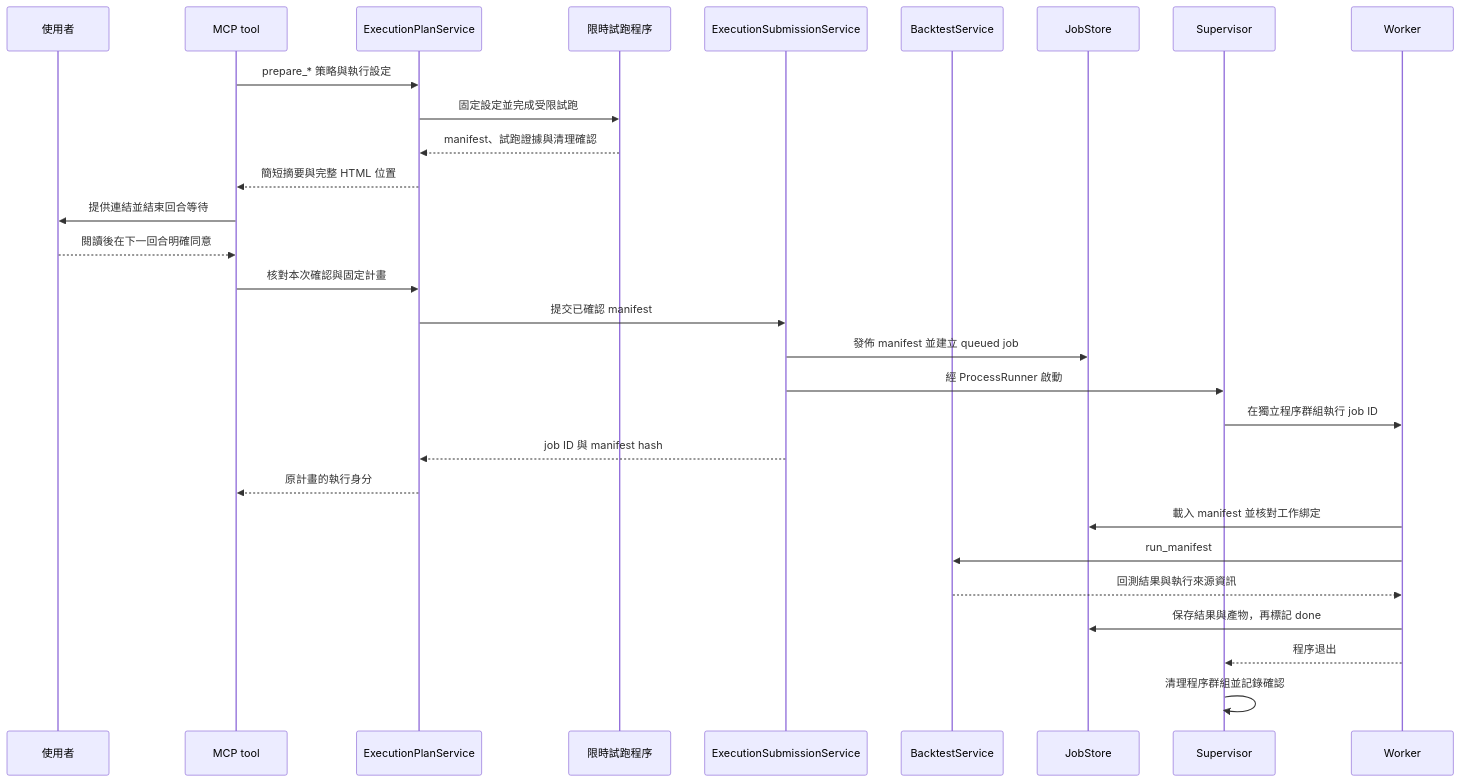
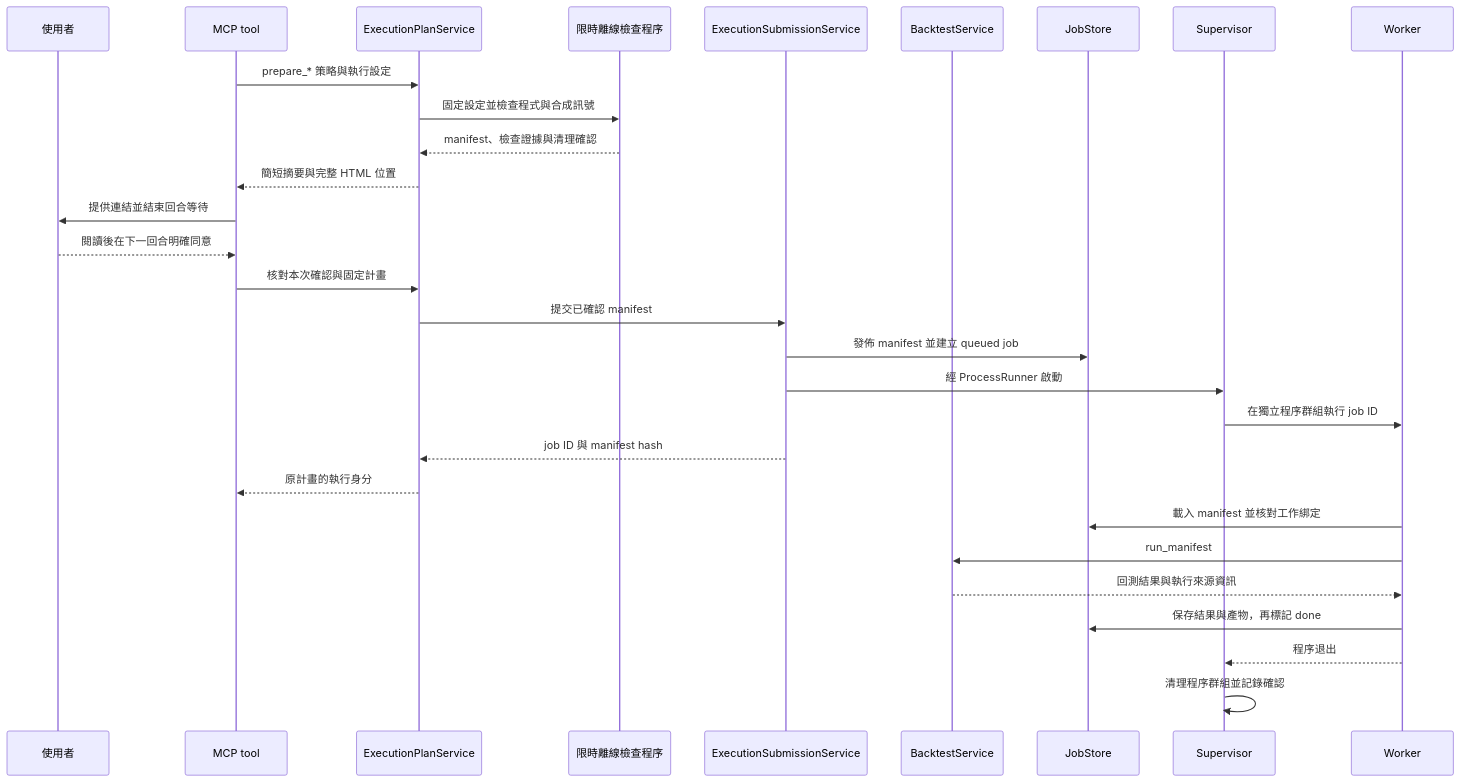
One commit to AIunusual/tradingdev changed the third of 4 diagrams in ARCHITECTURE.md. Above: the diagram before and after it, drawn with Mermaid. The commit also changed other lines of this file and 44 other files, not shown here.

````diff
--- a/ARCHITECTURE.md
+++ b/ARCHITECTURE.md
@@ -247,31 +230,31 @@
 ```mermaid
 sequenceDiagram
     participant User as 使用者
     participant MCP as MCP tool
     participant Plan as ExecutionPlanService
-    participant Preflight as 限時試跑程序
+    participant Preflight as 限時離線檢查程序
     participant Submit as ExecutionSubmissionService
     participant Execute as BacktestService
     participant Store as JobStore
     participant Supervisor
     participant Worker
     MCP->>Plan: prepare_* 策略與執行設定
-    Plan->>Preflight: 固定設定並完成受限試跑
-    Preflight-->>Plan: manifest、試跑證據與清理確認
+    Plan->>Preflight: 固定設定並檢查程式與合成訊號
+    Preflight-->>Plan: manifest、檢查證據與清理確認
     Plan-->>MCP: 簡短摘要與完整 HTML 位置
     MCP->>User: 提供連結並結束回合等待
     User-->>MCP: 閱讀後在下一回合明確同意
     MCP->>Plan: 核對本次確認與固定計畫
     Plan->>Submit: 提交已確認 manifest
     Submit->>Store: 發佈 manifest 並建立 queued job
     Submit->>Supervisor: 經 ProcessRunner 啟動
     Supervisor->>Worker: 在獨立程序群組執行 job ID
     Submit-->>Plan: job ID 與 manifest hash
     Plan-->>MCP: 原計畫的執行身分
     Worker->>Store: 載入 manifest 並核對工作綁定
     Worker->>Execute: run_manifest
     Execute-->>Worker: 回測結果與執行來源資訊
     Worker->>Store: 保存結果與產物，再標記 done
     Worker-->>Supervisor: 程序退出
     Supervisor->>Supervisor: 清理程序群組並記錄確認
 ```
````
